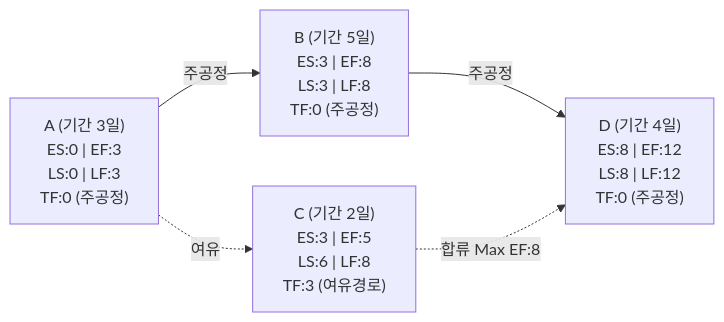
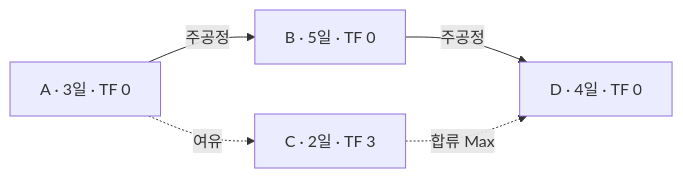
The second of 3 diagrams in src/content/docs/notes/itpe/01-it-strategy/081_cpm.md (agnusdei1207/study), drawn with Mermaid before and after one commit. The commit also changed other lines of this file and 19 other files, not shown here.

````diff
--- a/src/content/docs/notes/itpe/01-it-strategy/081_cpm.md
+++ b/src/content/docs/notes/itpe/01-it-strategy/081_cpm.md
@@ -75,12 +70,12 @@
 ```mermaid
 flowchart LR
-    A["A (기간 3일)<br/>ES:0 | EF:3<br/>LS:0 | LF:3<br/>TF:0 (주공정)"]
-    B["B (기간 5일)<br/>ES:3 | EF:8<br/>LS:3 | LF:8<br/>TF:0 (주공정)"]
-    C["C (기간 2일)<br/>ES:3 | EF:5<br/>LS:6 | LF:8<br/>TF:3 (여유경로)"]
-    D["D (기간 4일)<br/>ES:8 | EF:12<br/>LS:8 | LF:12<br/>TF:0 (주공정)"]
+    A["A · 3일 · TF 0"]
+    B["B · 5일 · TF 0"]
+    C["C · 2일 · TF 3"]
+    D["D · 4일 · TF 0"]
 
     A -->|주공정| B
     A -.->|여유| C
     B -->|주공정| D
-    C -.->|합류 Max EF:8| D
+    C -.->|합류 Max| D
 ```
````
